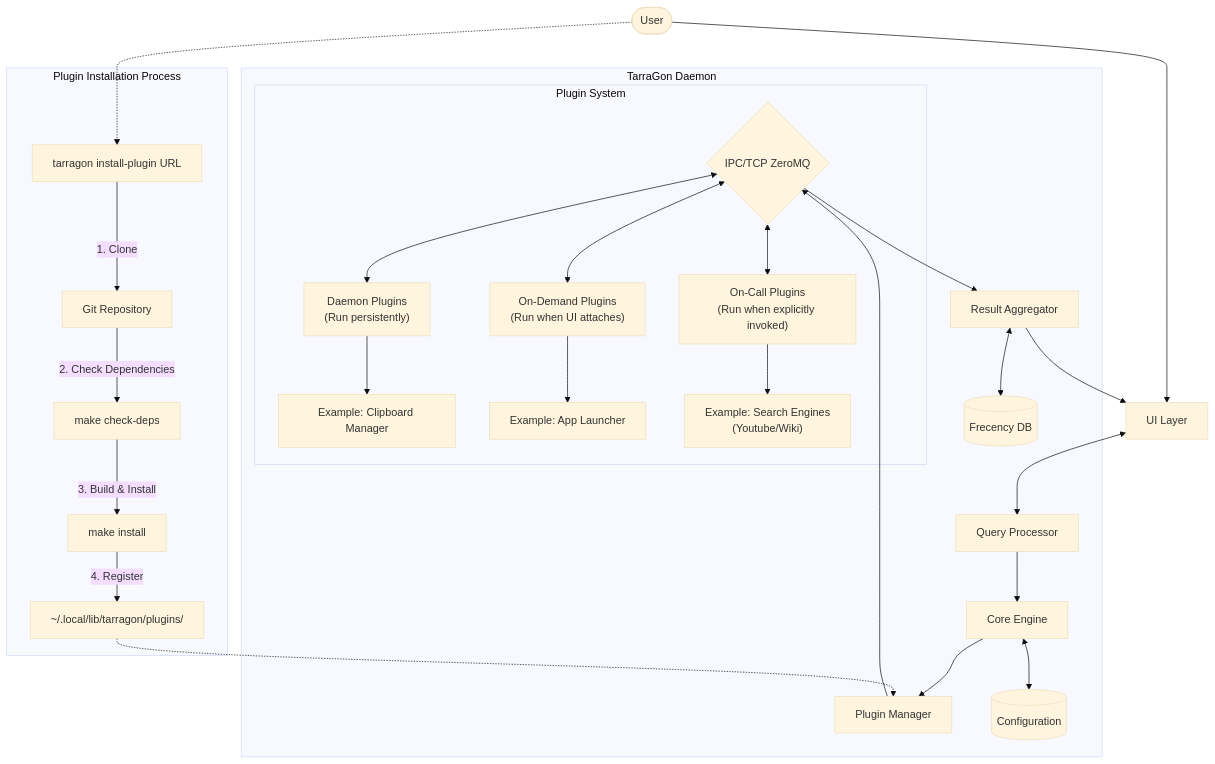
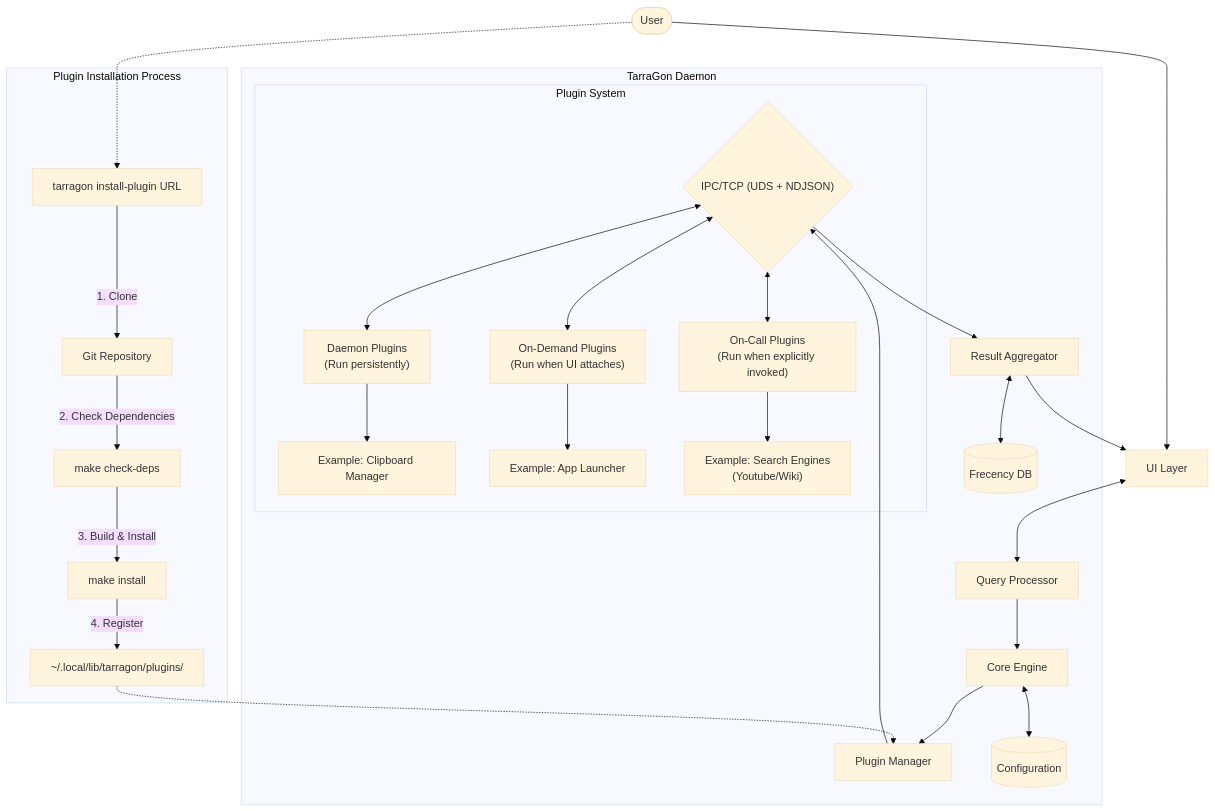
One commit to iMithrellas/tarragon changed the diagram in README.md. Above: the diagram before and after it, drawn with Mermaid (base theme). The commit also changed other lines of this file and 3 other files, not shown here.

````diff
--- a/README.md
+++ b/README.md
@@ -104,55 +104,55 @@
 ```mermaid
 graph TD
  subgraph Plugins["Plugin System"]
         DaemonPlugins["Daemon Plugins
 (Run persistently)"]
         ClipboardMgr["Example: Clipboard Manager"]
         OnDemandPlugins["On-Demand Plugins
 (Run when UI attaches)"]
         AppLauncher["Example: App Launcher"]
         OnCallPlugins["On-Call Plugins
 (Run when explicitly invoked)"]
         SearchEngines["Example: Search Engines
         (Youtube/Wiki)"]
-        Socket{"IPC/TCP ZeroMQ"}
+        Socket{"IPC/TCP (UDS + NDJSON)"}
   end
  subgraph Daemon["TarraGon Daemon"]
         Core["Core Engine"]
         QueryProcessor["Query Processor"]
         PluginManager["Plugin Manager"]
         ResultAggregator["Result Aggregator"]
         Config[("Configuration")]
         FrecencyDB[("Frecency DB")]
         Plugins
   end
  subgraph PluginInstall["Plugin Installation Process"]
         GitRepo["Git Repository"]
         InstallCommand["tarragon install-plugin URL"]
         DepCheck["make check-deps"]
         MakeInstall["make install"]
         PluginDir["~/.local/lib/tarragon/plugins/"]
   end
     User(["User"]) --> UI["UI Layer"]
     User -.-> InstallCommand
     UI <--> QueryProcessor
     QueryProcessor --> Core
     Core --> PluginManager
     Core <--> Config
     ResultAggregator <--> FrecencyDB
     PluginManager --> Socket
     Socket <--> DaemonPlugins
     DaemonPlugins --> ClipboardMgr
     Socket <--> OnDemandPlugins
     OnDemandPlugins --> AppLauncher
     OnCallPlugins --> SearchEngines
     Socket <--> OnCallPlugins
     ResultAggregator --> UI
     Socket --> ResultAggregator
     InstallCommand -- "1. Clone" --> GitRepo
     GitRepo -- "2. Check Dependencies" --> DepCheck
     DepCheck -- "3. Build & Install" --> MakeInstall
     MakeInstall -- "4. Register" --> PluginDir
     PluginDir -.-> PluginManager
 
     classDef anchor shape:anchor
 ```
````
